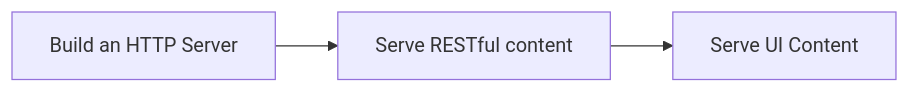
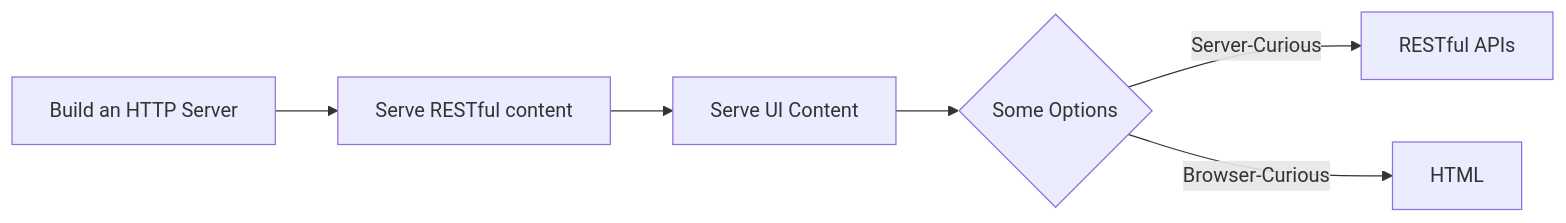
The diagram in content/a-web-first-path.md (imagineLife/big-site), drawn with Mermaid before and after one commit.

Commit message:
more nodes in diagram

````diff
--- a/content/a-web-first-path.md
+++ b/content/a-web-first-path.md
@@ -51,4 +51,13 @@
 ```mermaid
   flowchart LR
-    A[Build an HTTP Server] --> B[Serve RESTful content] --> C[Serve UI Content]
+
+    A[Build an HTTP Server] --> B[Serve RESTful content];
+
+    B --> C[Serve UI Content];
+
+    C --> D{Some Options};
+
+    D --> |Server-Curious| E[RESTful APIs];
+    D --> |Browser-Curious| F[HTML];
+
 ```
````
